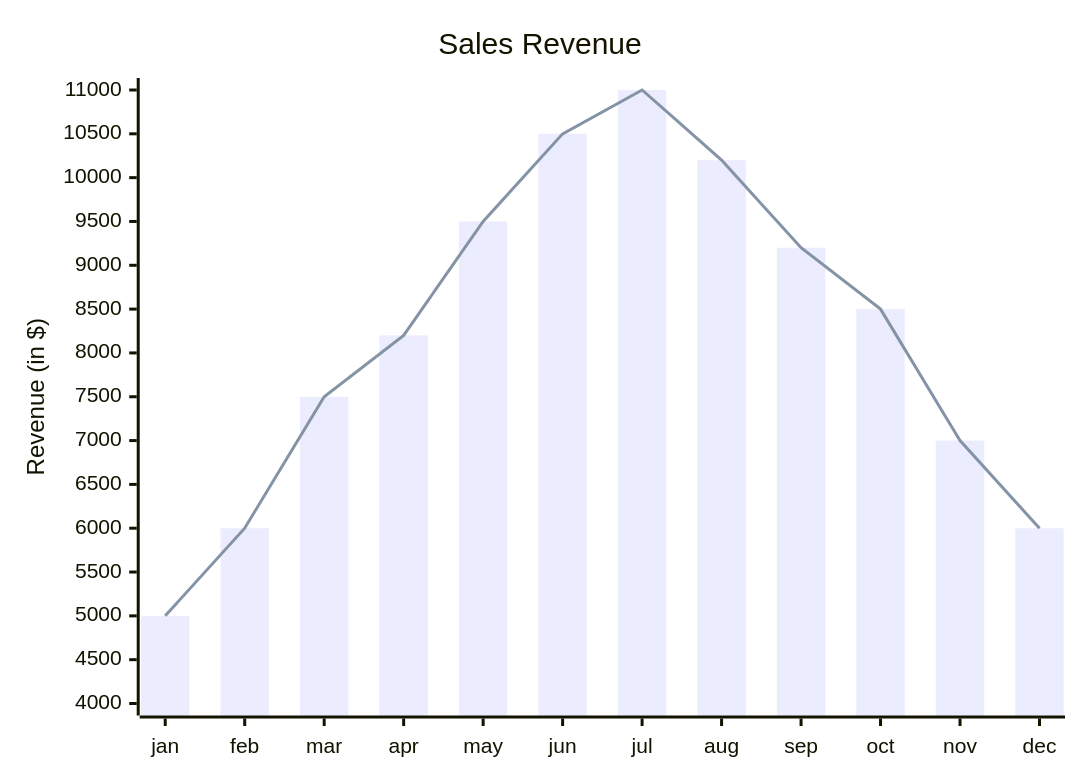
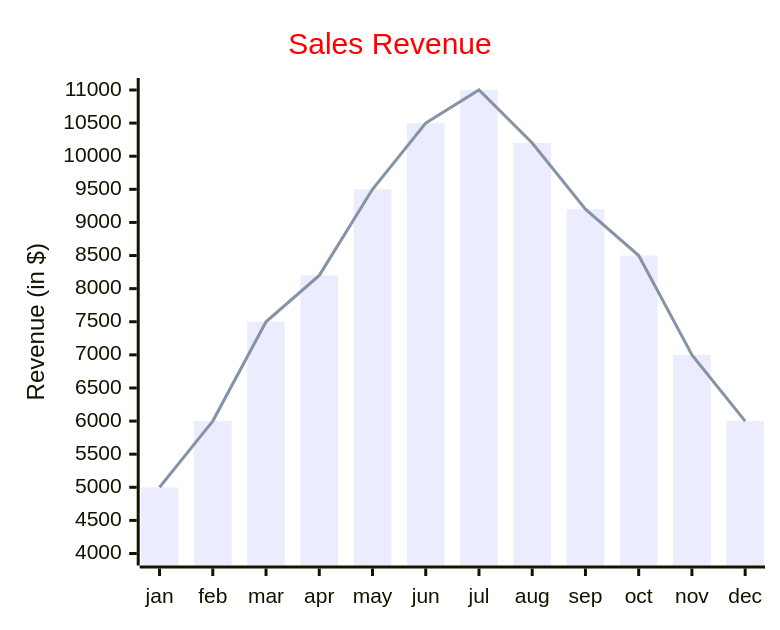
One commit to mermaid-js/mermaid changed the second of 2 diagrams in docs/syntax/xyChart.md. Above: the diagram before and after it, drawn with Mermaid. The commit also changed other lines of this file and 3 other files, not shown here.

````diff
--- a/docs/syntax/xyChart.md
+++ b/docs/syntax/xyChart.md
@@ -162,9 +162,9 @@
 ```mermaid
-%%{init: {"xychart": {"width": 500, "height": 400}, "themeVariables": {"xychart": {"titleColor": "#ff0000"} } }}%%
+%%{init: {"xyChart": {"width": 500, "height": 400}, "themeVariables": {"xyChart": {"titleColor": "#ff0000"} } }}%%
 xychart-beta
     title "Sales Revenue"
     x-axis [jan, feb, mar, apr, may, jun, jul, aug, sep, oct, nov, dec]
     y-axis "Revenue (in $)" 4000 --> 11000
     bar [5000, 6000, 7500, 8200, 9500, 10500, 11000, 10200, 9200, 8500, 7000, 6000]
     line [5000, 6000, 7500, 8200, 9500, 10500, 11000, 10200, 9200, 8500, 7000, 6000]
 ```
````
